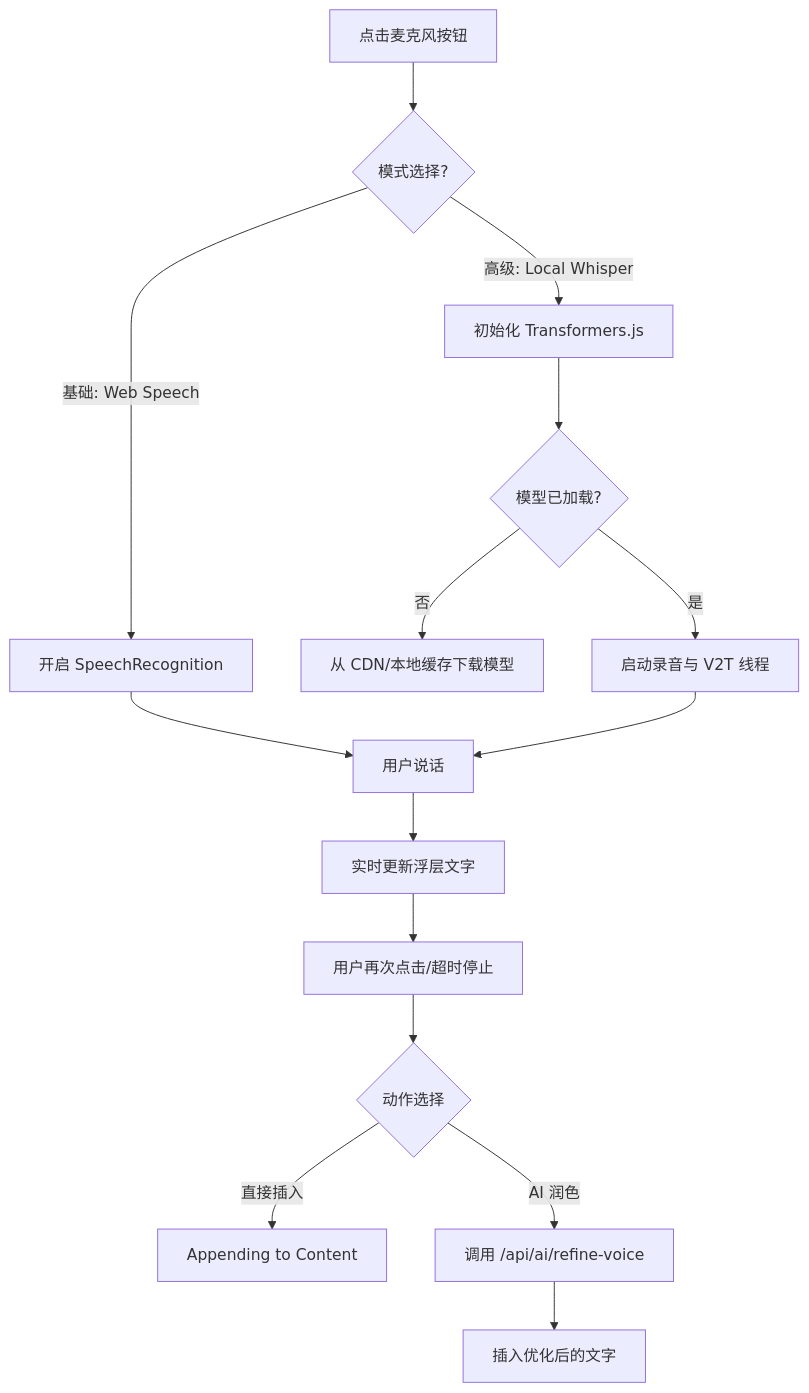
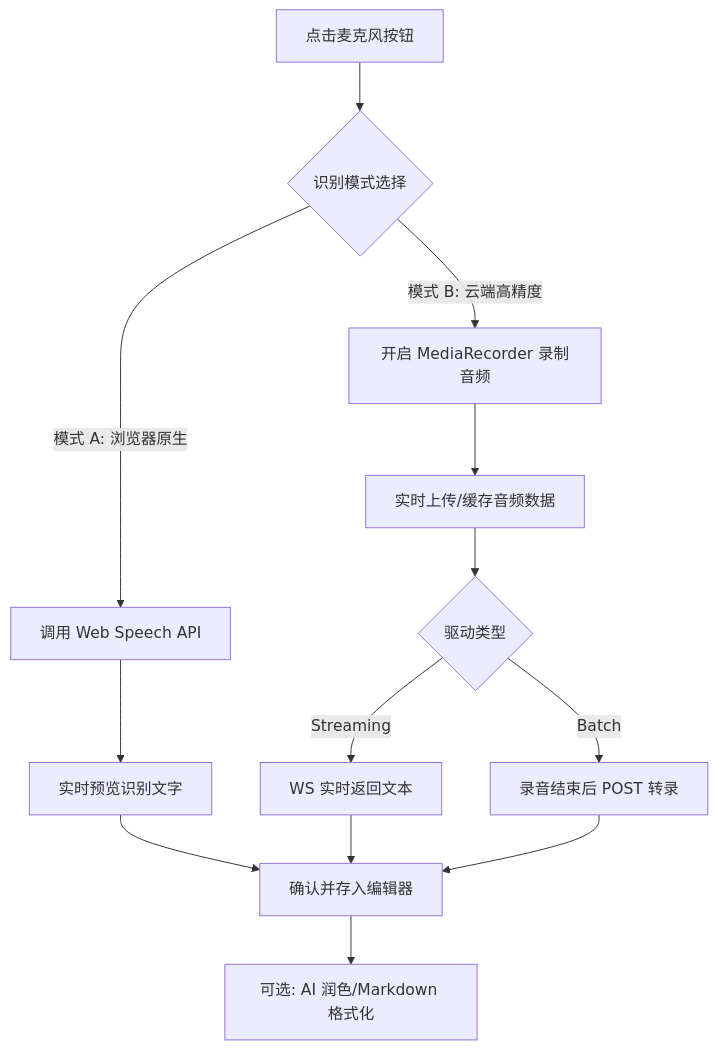
Before and after one commit to CaoMeiYouRen/momei: the diagram in docs/design/modules/voice.md, drawn with Mermaid. The commit also changed other lines of this file and 2 other files, not shown here.

````diff
--- a/docs/design/modules/voice.md
+++ b/docs/design/modules/voice.md
@@ -71,17 +71,15 @@
 ```mermaid
 graph TD
-    A[点击麦克风按钮] --> B{模式选择?}
-    B -- 基础: Web Speech --> D[开启 SpeechRecognition]
-    B -- 高级: Local Whisper --> L[初始化 Transformers.js]
-    L --> M{模型已加载?}
-    M -- 否 --> N[从 CDN/本地缓存下载模型]
-    M -- 是 --> O[启动录音与 V2T 线程]
-    D --> E[用户说话]
-    O --> E
-    E --> F[实时更新浮层文字]
-    F --> G[用户再次点击/超时停止]
-    G --> H{动作选择}
-    H -- 直接插入 --> I[Appending to Content]
-    H -- AI 润色 --> J[调用 /api/ai/refine-voice]
-    J --> K[插入优化后的文字]
+    A[点击麦克风按钮] --> B{识别模式选择}
+    B -- 模式 A: 浏览器原生 --> C[调用 Web Speech API]
+    B -- 模式 B: 云端高精度 --> D[开启 MediaRecorder 录制音频]
+    C --> E[实时预览识别文字]
+    D --> F[实时上传/缓存音频数据]
+    F --> G{驱动类型}
+    G -- Streaming --> H[WS 实时返回文本]
+    G -- Batch --> I[录音结束后 POST 转录]
+    E --> J[确认并存入编辑器]
+    H --> J
+    I --> J
+    J --> K[可选: AI 润色/Markdown 格式化]
 ```
````
